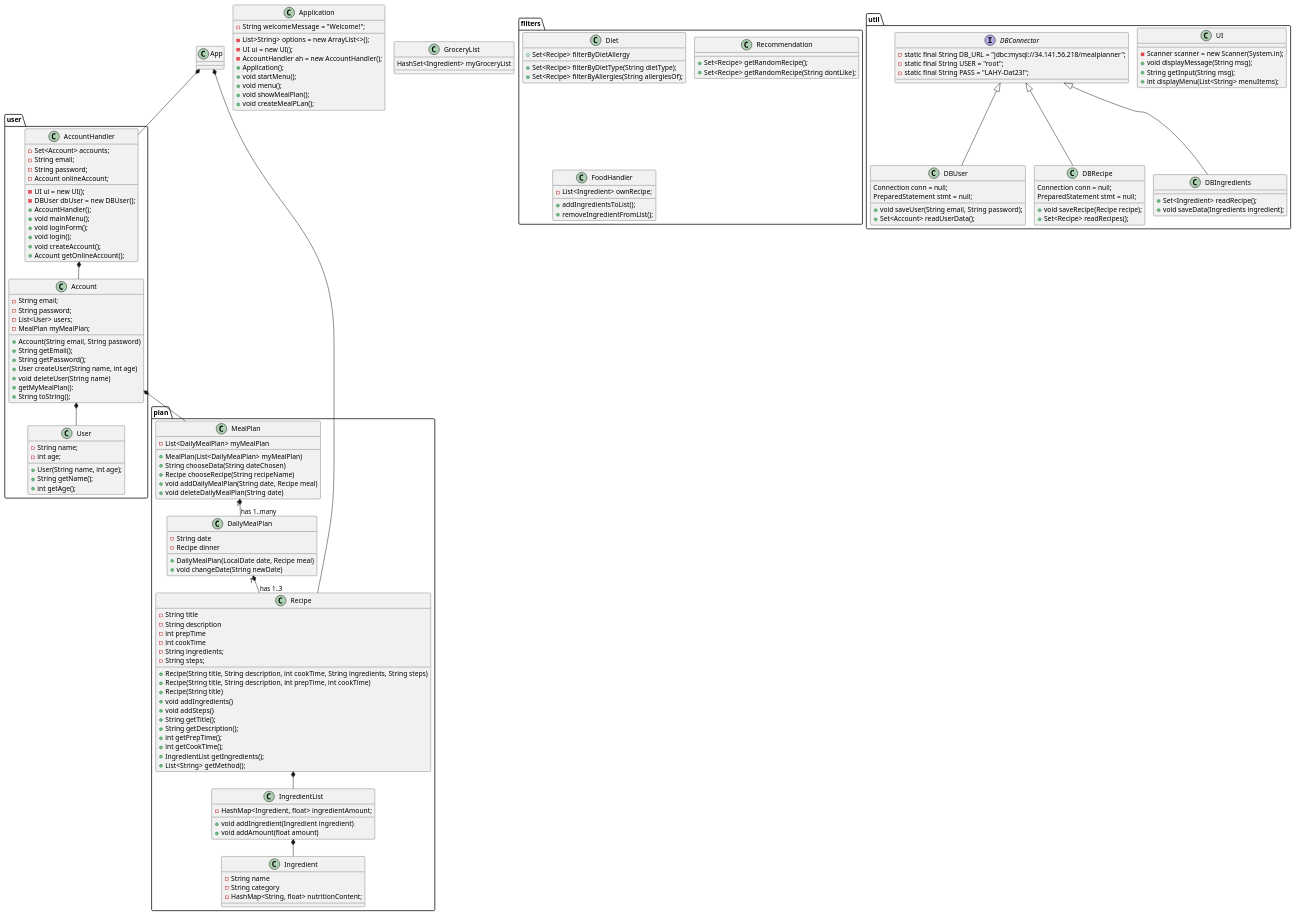
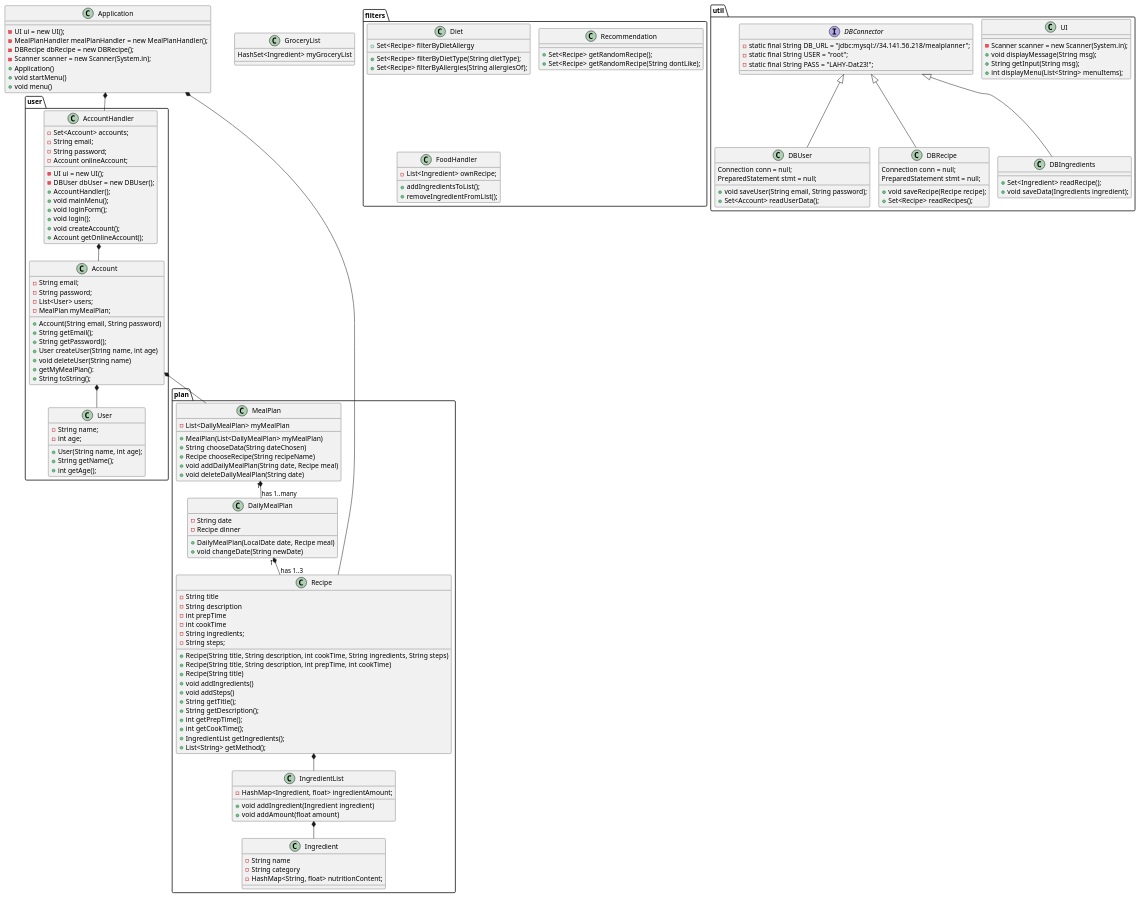
One commit to lassekh/ICE changed the diagram in Documents/Class Diagram.puml. Above: the diagram before and after it, drawn with PlantUML. The commit also changed 2 other files, not shown here.

Commit message:
updated class diagram

```diff
--- a/Documents/Class Diagram.puml
+++ b/Documents/Class Diagram.puml
@@ -1,170 +1,174 @@
 @startuml
 'https://plantuml.com/class-diagram
 !pragma layout smetana
 
-class App
+class Application
+
 
 package "user"{
 class Account
 class AccountHandler
 class User
 }
 
 package "plan"{
 class MealPlan
 class DailyMealPlan
 class Recipe
 class IngredientList
 class Ingredient
 }
 
 package "filters"{
 class Diet
 class Recommendation
 class FoodHandler
 }
 
 package "util"{
 class UI
 interface DBConnector
 class DBUser
 class DBRecipe
 class DBIngredients
 }
 
 'Label on relations
-App *-- AccountHandler
-App *-- Recipe
+Application *-- AccountHandler
+Application *-- Recipe
 AccountHandler *-- Account
 Account *-- User
 Account *-- MealPlan
 MealPlan "1" *-- "has 1..many" DailyMealPlan
 DailyMealPlan "1" *-- "has 1..3" Recipe
 Recipe *-- IngredientList
 IngredientList *-- Ingredient
 DBConnector <|-- DBUser
 DBConnector <|-- DBRecipe
 DBConnector <|-- DBIngredients
 
 'Methods and attributes
-Application : - List>String> options = new ArrayList<>();
-Application : - String welcomeMessage = "Welcome!";
+
+'Attributes
 Application : - UI ui = new UI();
-Application : - AccountHandler ah = new AccountHandler();
-Application : + Application();
-Application : + void startMenu();
-Application : + void menu();
-Application : + void showMealPlan();
-Application : + void createMealPLan();
+Application : - MealPlanHandler mealPlanHandler = new MealPlanHandler();
+Application : - DBRecipe dbRecipe = new DBRecipe();
+Application : - Scanner scanner = new Scanner(System.in);
 
+'Constructor
+Application : + Application()
+
+'Methods
+Application : + void startMenu()
+Application : + void menu()
 
 Account : - String email;
 Account : - String password;
 Account : - List<User> users;
 Account : - MealPlan myMealPlan;
 Account : + Account(String email, String password)
 Account : + String getEmail();
 Account : + String getPassword();
 Account : + User createUser(String name, int age)
 Account : + void deleteUser(String name)
 Account : + getMyMealPlan():
 Account : + String toString();
 
 AccountHandler : - Set<Account> accounts;
 AccountHandler : - String email;
 AccountHandler : - String password;
 AccountHandler : - Account onlineAccount;
 AccountHandler : - UI ui = new UI();
 AccountHandler : - DBUser dbUser = new DBUser();
 AccountHandler : + AccountHandler();
 AccountHandler : + void mainMenu();
 AccountHandler : + void loginForm();
 AccountHandler : + void login();
 AccountHandler : + void createAccount();
 AccountHandler : + Account getOnlineAccount();
 
 
 User : - String name;
 User : - int age;
 User : + User(String name, int age);
 User : + String getName();
 User : + int getAge();
 
 MealPlan : - List<DailyMealPlan> myMealPlan
 MealPlan : + MealPlan(List<DailyMealPlan> myMealPlan)
 MealPlan : + String chooseData(String dateChosen)
 MealPlan : + Recipe chooseRecipe(String recipeName)
 MealPlan : + void addDailyMealPlan(String date, Recipe meal)
 MealPlan : + void deleteDailyMealPlan(String date)
 
 DailyMealPlan : - String date
 DailyMealPlan : - Recipe dinner
 DailyMealPlan : + DailyMealPlan(LocalDate date, Recipe meal)
 DailyMealPlan : + void changeDate(String newDate)
 
 Recipe : - String title
 Recipe : - String description
 Recipe : - int prepTime
 Recipe : - int cookTime
 Recipe : - String ingredients;
 Recipe : - String steps;
 Recipe : + Recipe(String title, String description, int cookTime, String ingredients, String steps)
 Recipe : + Recipe(String title, String description, int prepTime, int cookTime)
 Recipe : + Recipe(String title)
 Recipe : + void addIngredients()
 Recipe : + void addSteps()
 Recipe : + String getTitle();
 Recipe : + String getDescription();
 Recipe : + int getPrepTime();
 Recipe : + int getCookTime();
 Recipe : + IngredientList getIngredients();
 Recipe : + List<String> getMethod();
 
 
 IngredientList : - HashMap<Ingredient, float> ingredientAmount;
 IngredientList : + void addIngredient(Ingredient ingredient)
 IngredientList : + void addAmount(float amount)
 
 Ingredient : - String name
 Ingredient : - String category
 Ingredient : - HashMap<String, float> nutritionContent;
 
 GroceryList : HashSet<Ingredient> myGroceryList
 
 UI : - Scanner scanner = new Scanner(System.in);
 UI : + void displayMessage(String msg);
 UI : + String getInput(String msg);
 UI : + int displayMenu(List<String> menuItems);
 
 DBConnector : - static final String DB_URL = "jdbc:mysql://34.141.56.218/mealplanner";
 DBConnector : - static final String USER = "root";
 DBConnector : - static final String PASS = "LAHY-Dat23!";
 
 DBUser : Connection conn = null;
 DBUser : PreparedStatement stmt = null;
 DBUser : + void saveUser(String email, String password);
 DBUser : + Set<Account> readUserData();
 
 DBRecipe : Connection conn = null;
 DBRecipe : PreparedStatement stmt = null;
 DBRecipe : + void saveRecipe(Recipe recipe);
 DBRecipe : + Set<Recipe> readRecipes();
 
 DBIngredients : + Set<Ingredient> readRecipe();
 DBIngredients : + void saveData(Ingredients ingredient);
 
 Diet : + Set<Recipe> filterByDietType(String dietType);
 Diet : + Set<Recipe> filterByAllergies(String allergiesOf);
 Diet : + Set<Recipe> filterByDietAllergy
 
 Recommendation : + Set<Recipe> getRandomRecipe();
 Recommendation : + Set<Recipe> getRandomRecipe(String dontLike);
 
 FoodHandler : - List<Ingredient> ownRecipe;
 FoodHandler : + addIngredientsToList();
 FoodHandler : + removeIngredientFromList();
 'User *-- Grocerylist
 'Recipe *-- Diet
 'Recipe *-- DBConnector
 'Ingredient *-- DBConnector
 @enduml
```
